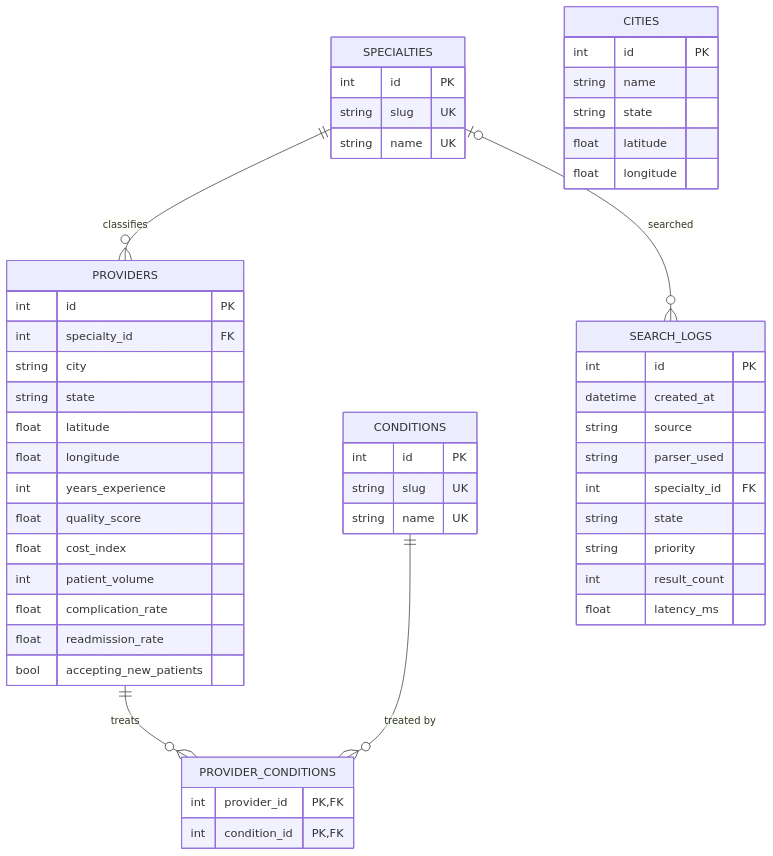
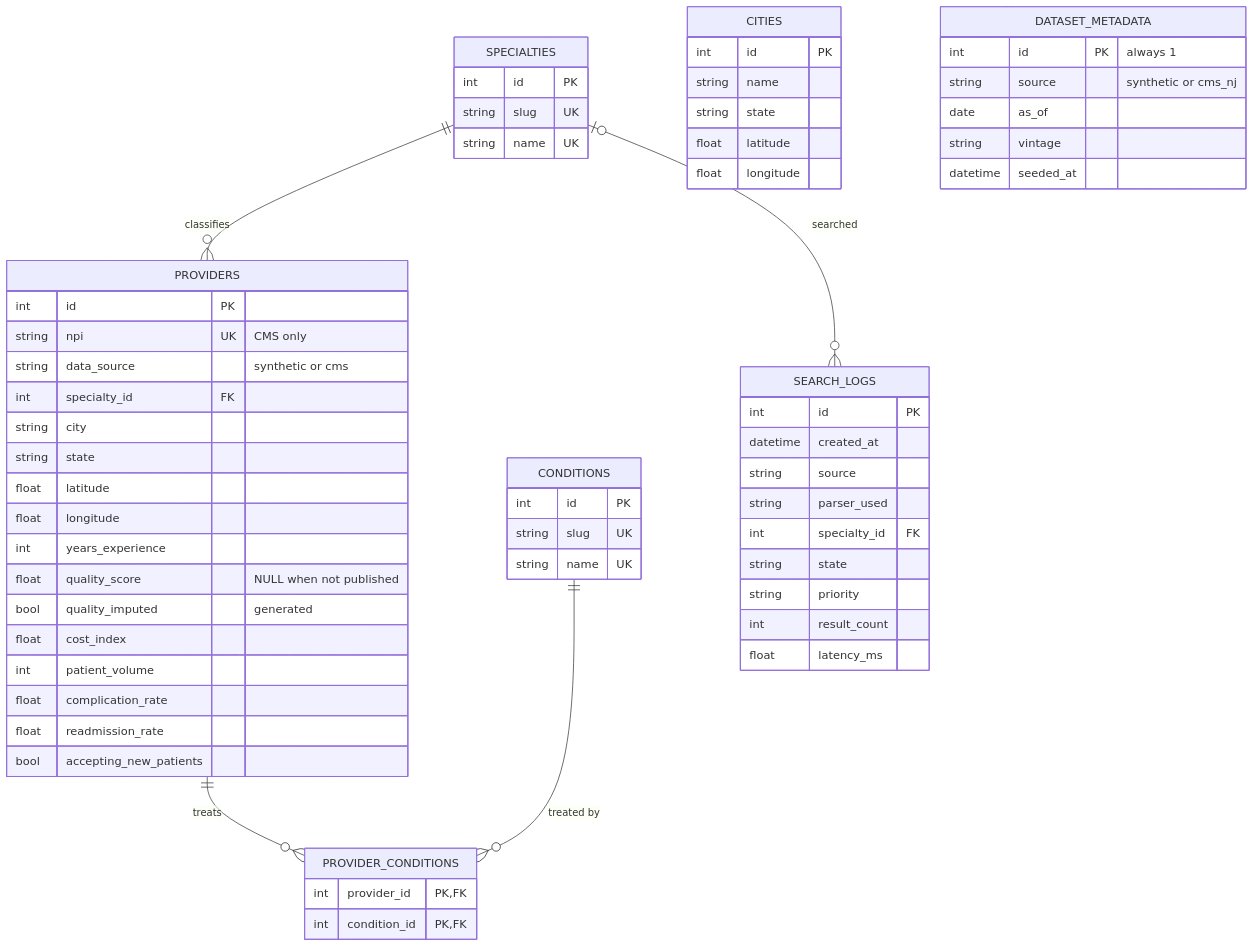
The third of 3 diagrams in README.md (acana68/ProviderIQ), drawn with Mermaid before and after one commit. The commit also changed other lines of this file and 57 other files, not shown here.

````diff
--- a/README.md
+++ b/README.md
@@ -211,55 +227,65 @@
 ```mermaid
 erDiagram
     SPECIALTIES ||--o{ PROVIDERS : "classifies"
     PROVIDERS ||--o{ PROVIDER_CONDITIONS : "treats"
     CONDITIONS ||--o{ PROVIDER_CONDITIONS : "treated by"
     SPECIALTIES |o--o{ SEARCH_LOGS : "searched"
 
     SPECIALTIES {
         int id PK
         string slug UK
         string name UK
     }
     CONDITIONS {
         int id PK
         string slug UK
         string name UK
     }
     PROVIDERS {
         int id PK
+        string npi UK "CMS only"
+        string data_source "synthetic or cms"
         int specialty_id FK
         string city
         string state
         float latitude
         float longitude
         int years_experience
-        float quality_score
+        float quality_score "NULL when not published"
+        bool quality_imputed "generated"
         float cost_index
         int patient_volume
         float complication_rate
         float readmission_rate
         bool accepting_new_patients
     }
     PROVIDER_CONDITIONS {
         int provider_id PK, FK
         int condition_id PK, FK
     }
     CITIES {
         int id PK
         string name
         string state
         float latitude
         float longitude
     }
     SEARCH_LOGS {
         int id PK
         datetime created_at
         string source
         string parser_used
         int specialty_id FK
         string state
         string priority
         int result_count
         float latency_ms
     }
+    DATASET_METADATA {
+        int id PK "always 1"
+        string source "synthetic or cms_nj"
+        date as_of
+        string vintage
+        datetime seeded_at
+    }
 ```
````
